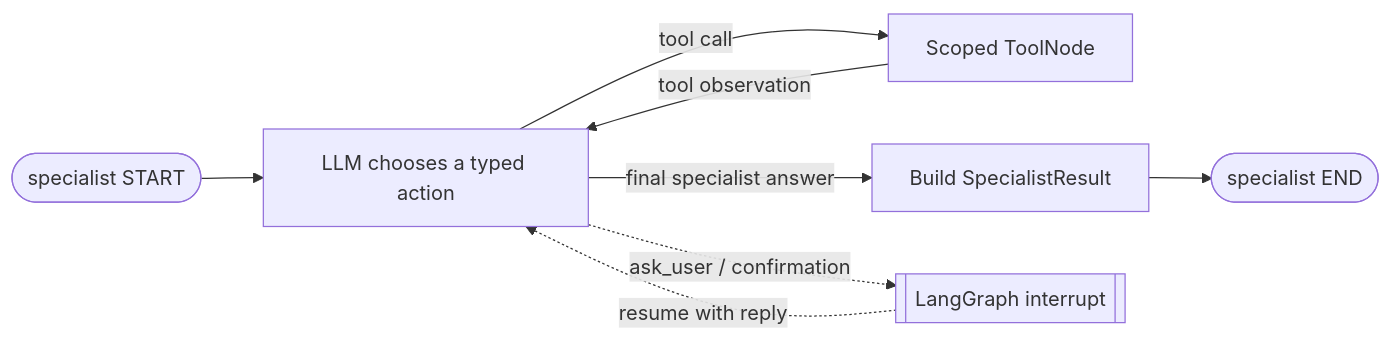
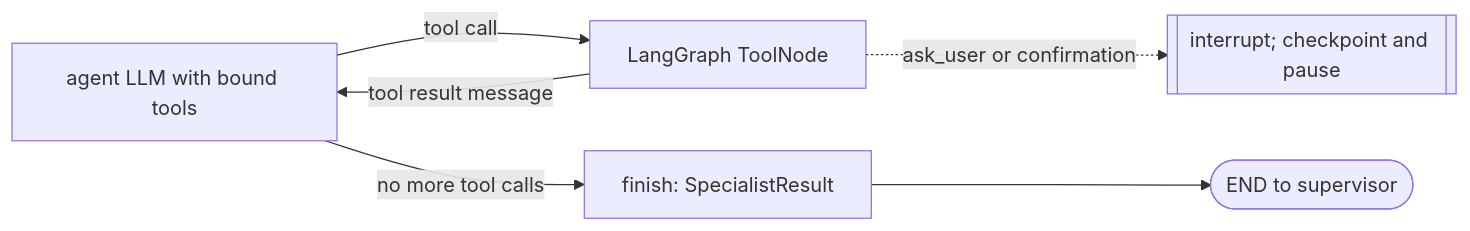
One commit to HazSyl1/AffordAbled changed the second of 3 diagrams in docs/LANGGRAPH_ARCHITECTURE_GUIDE.md. Above: the diagram before and after it, drawn with Mermaid. The commit also changed other lines of this file and 24 other files, not shown here.

````diff
--- a/docs/LANGGRAPH_ARCHITECTURE_GUIDE.md
+++ b/docs/LANGGRAPH_ARCHITECTURE_GUIDE.md
@@ -64,10 +197,8 @@
 ```mermaid
 flowchart LR
-    S([specialist START]) --> A[LLM chooses a typed action]
-    A -->|tool call| T[Scoped ToolNode]
-    T -->|tool observation| A
-    A -->|final specialist answer| F[Build SpecialistResult]
-    F --> E([specialist END])
-    A -. ask_user / confirmation .-> I[[LangGraph interrupt]]
-    I -. resume with reply .-> A
+    A[agent LLM with bound tools] -->|tool call| T[LangGraph ToolNode]
+    T -->|tool result message| A
+    A -->|no more tool calls| F[finish: SpecialistResult]
+    F --> E([END to supervisor])
+    T -. ask_user or confirmation .-> I[[interrupt; checkpoint and pause]]
 ```
````
